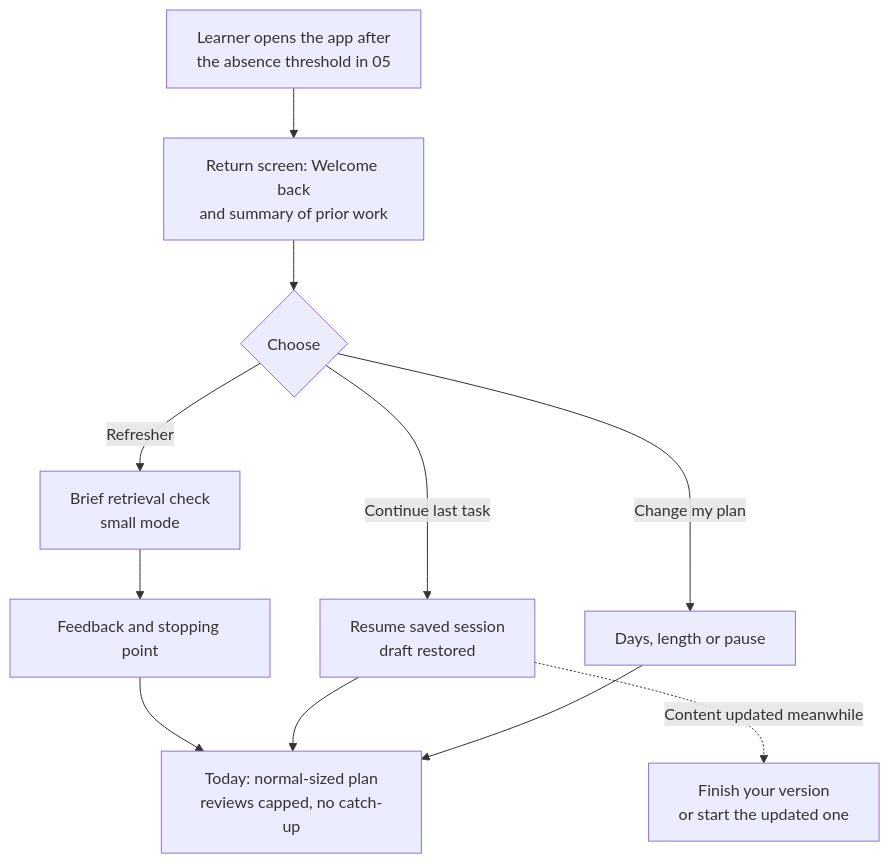
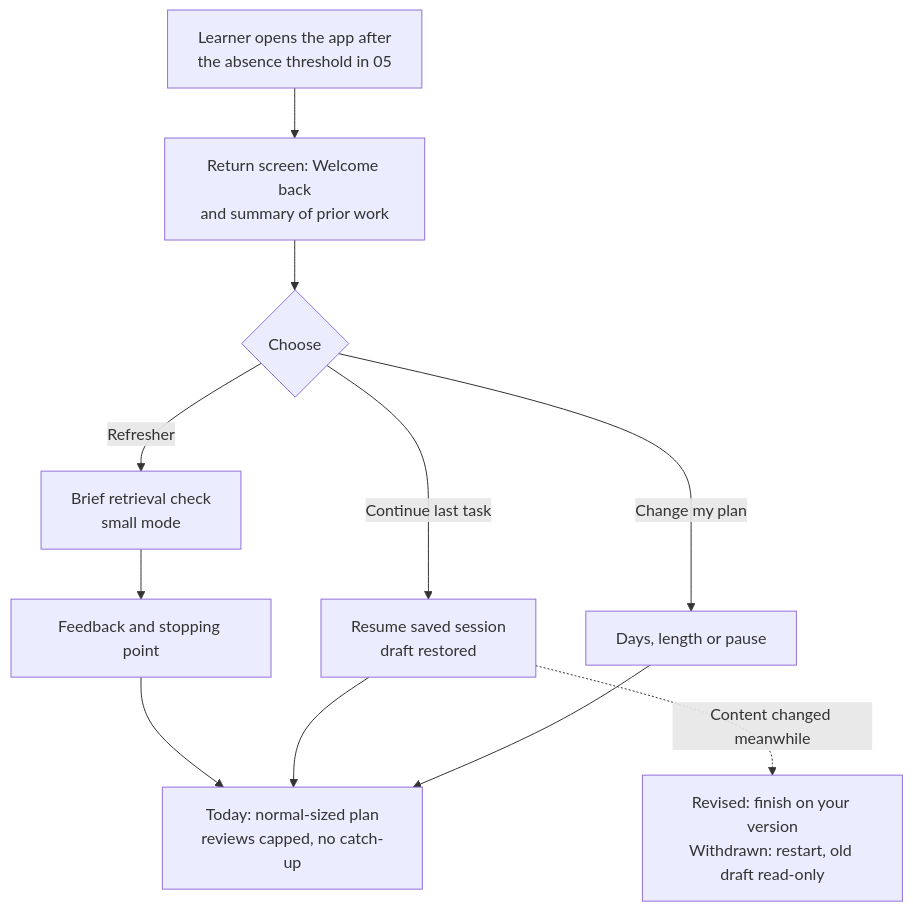
One commit to GhanshyamSoni68/app_idea changed the sixth of 12 diagrams in devstep/docs/08-ux-and-screens.md. Above: the diagram before and after it, drawn with Mermaid. The commit also changed other lines of this file and 8 other files, not shown here.

````diff
--- a/devstep/docs/08-ux-and-screens.md
+++ b/devstep/docs/08-ux-and-screens.md
@@ -215,11 +221,11 @@
 ```mermaid
 flowchart TD
   E1["Learner opens the app after<br/>the absence threshold in 05"] --> E2["Return screen: Welcome back<br/>and summary of prior work"] --> E4{"Choose"}
   E4 -->|Refresher| E5["Brief retrieval check<br/>small mode"]
   E4 -->|Continue last task| E6["Resume saved session<br/>draft restored"]
   E4 -->|Change my plan| E7["Days, length or pause"]
   E5 --> E8["Feedback and stopping point"] --> E9["Today: normal-sized plan<br/>reviews capped, no catch-up"]
   E6 --> E9
   E7 --> E9
-  E6 -.->|Content updated meanwhile| E10["Finish your version<br/>or start the updated one"]
+  E6 -.->|Content changed meanwhile| E10["Revised: finish on your version<br/>Withdrawn: restart, old draft read-only"]
 ```
````
